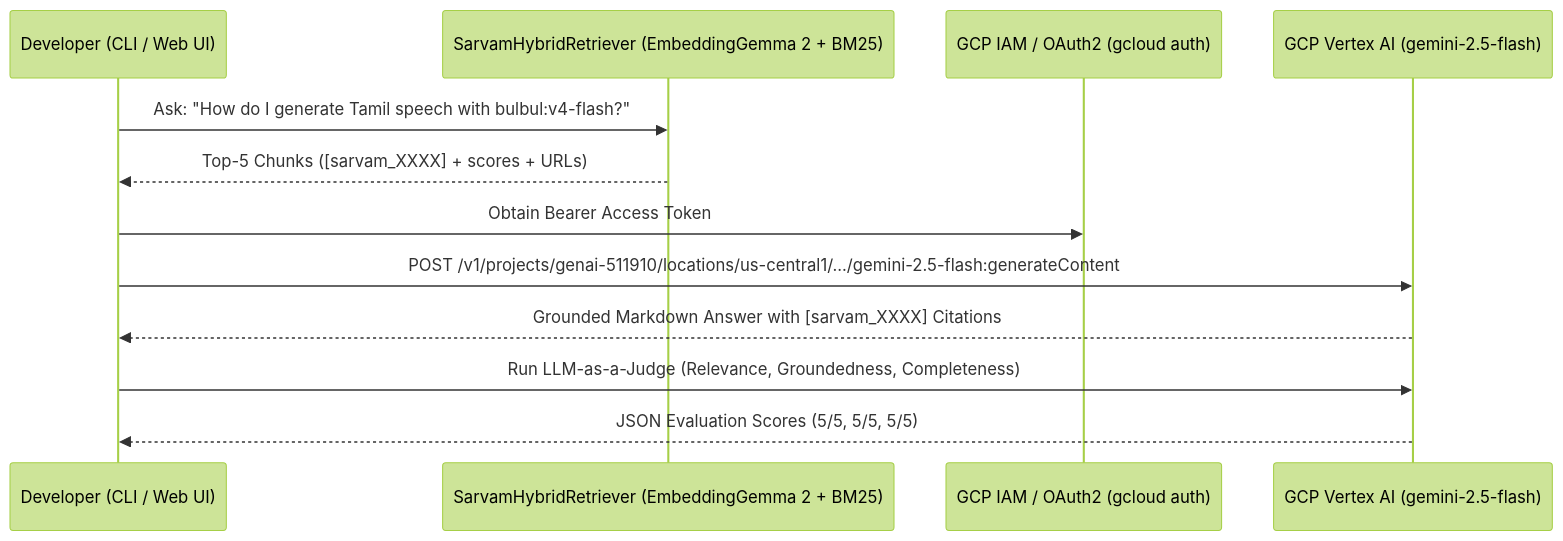
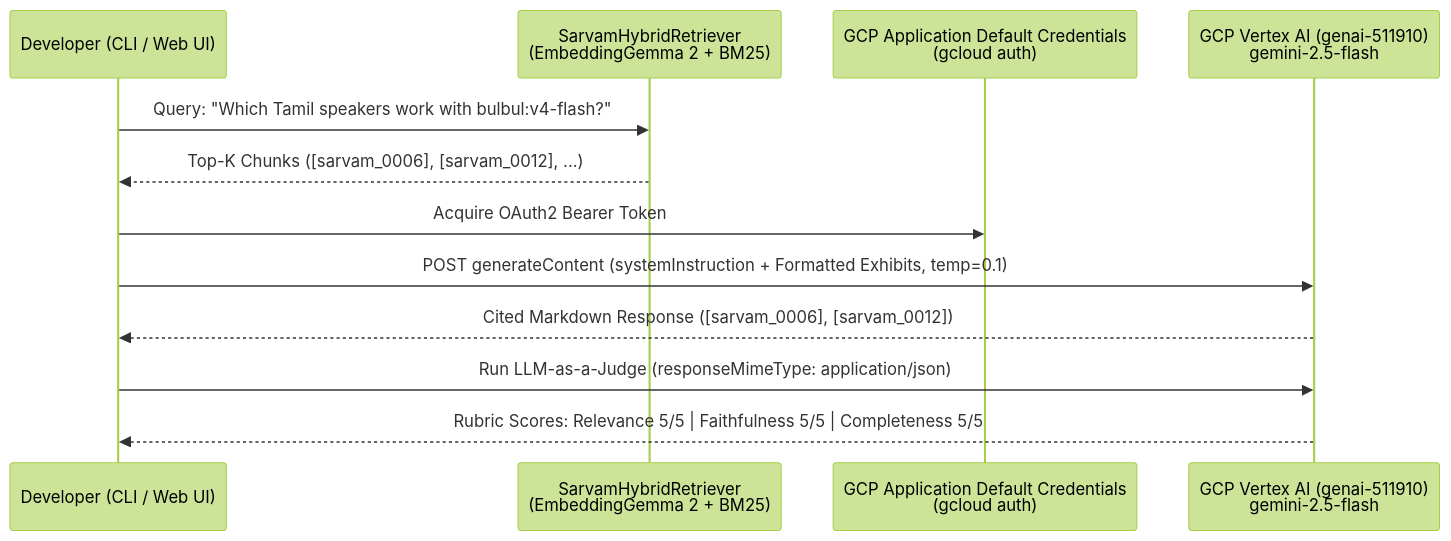
Before and after one commit to ajithvnr2001/sarvam-docs: the diagram in rag-embeddinggemma2-course/course/07_vertex_ai_grounded_generation.md, drawn with Mermaid (forest theme). The commit also changed other lines of this file and 14 other files, not shown here.

Commit message:
Fix all GFM/KaTeX/Mermaid lint issues & upgrade all 11 RAG course modules to MIT-Professor 4-pillar standard

````diff
--- a/rag-embeddinggemma2-course/course/07_vertex_ai_grounded_generation.md
+++ b/rag-embeddinggemma2-course/course/07_vertex_ai_grounded_generation.md
@@ -14,15 +25,15 @@
 ```mermaid
 sequenceDiagram
     participant Dev as Developer (CLI / Web UI)
-    participant Ret as SarvamHybridRetriever (EmbeddingGemma 2 + BM25)
-    participant GCloud as GCP IAM / OAuth2 (gcloud auth)
-    participant Vertex as GCP Vertex AI (gemini-2.5-flash)
+    participant Ret as SarvamHybridRetriever<br/>(EmbeddingGemma 2 + BM25)
+    participant Auth as GCP Application Default Credentials<br/>(gcloud auth)
+    participant Vertex as GCP Vertex AI (genai-511910)<br/>gemini-2.5-flash
 
-    Dev->>Ret: Ask: "How do I generate Tamil speech with bulbul:v4-flash?"
-    Ret-->>Dev: Top-5 Chunks ([sarvam_XXXX] + scores + URLs)
-    Dev->>GCloud: Obtain Bearer Access Token
-    Dev->>Vertex: POST /v1/projects/genai-511910/locations/us-central1/.../gemini-2.5-flash:generateContent
-    Vertex-->>Dev: Grounded Markdown Answer with [sarvam_XXXX] Citations
-    Dev->>Vertex: Run LLM-as-a-Judge (Relevance, Groundedness, Completeness)
-    Vertex-->>Dev: JSON Evaluation Scores (5/5, 5/5, 5/5)
+    Dev->>Ret: Query: "Which Tamil speakers work with bulbul:v4-flash?"
+    Ret-->>Dev: Top-K Chunks ([sarvam_0006], [sarvam_0012], ...)
+    Dev->>Auth: Acquire OAuth2 Bearer Token
+    Dev->>Vertex: POST generateContent (systemInstruction + Formatted Exhibits, temp=0.1)
+    Vertex-->>Dev: Cited Markdown Response ([sarvam_0006], [sarvam_0012])
+    Dev->>Vertex: Run LLM-as-a-Judge (responseMimeType: application/json)
+    Vertex-->>Dev: Rubric Scores: Relevance 5/5 | Faithfulness 5/5 | Completeness 5/5
 ```
````
